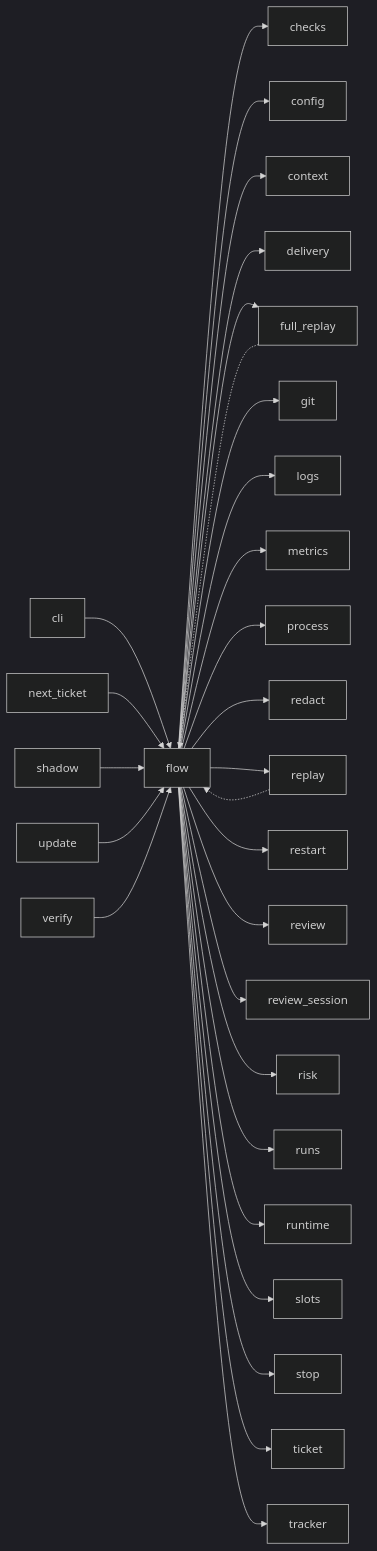
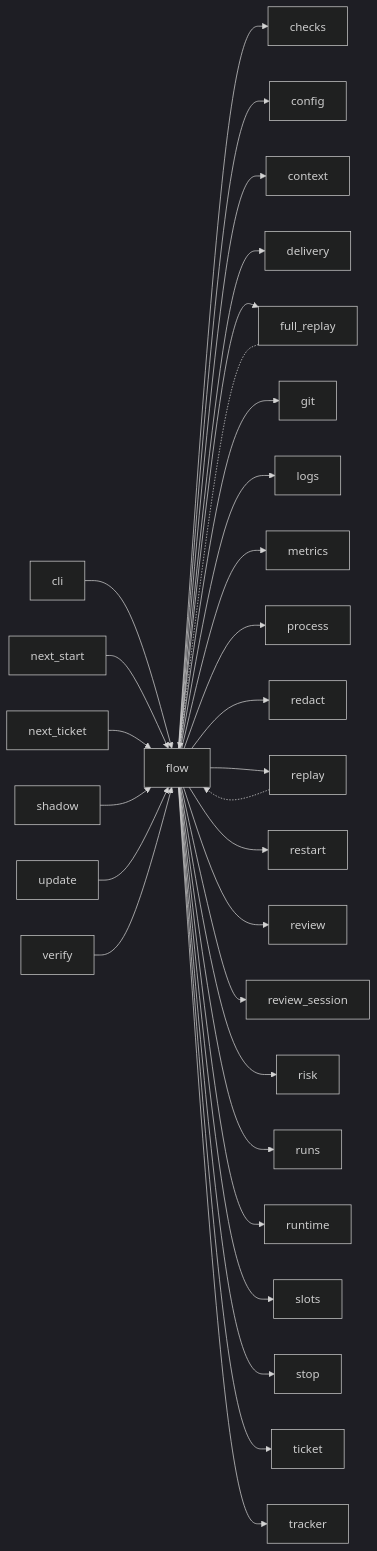
The third of 3 diagrams in docs/architecture/modules/flow.md (plaplanche/ariane), drawn with Mermaid (dark theme) before and after one commit. The commit also changed 27 other files, not shown here.

````diff
--- a/docs/architecture/modules/flow.md
+++ b/docs/architecture/modules/flow.md
@@ -122,31 +122,32 @@
 ```mermaid
 flowchart LR
   cli --> flow
   flow --> checks
   flow --> config
   flow --> context
   flow --> delivery
   flow --> full_replay
   flow --> git
   flow --> logs
   flow --> metrics
   flow --> process
   flow --> redact
   flow --> replay
   flow --> restart
   flow --> review
   flow --> review_session
   flow --> risk
   flow --> runs
   flow --> runtime
   flow --> slots
   flow --> stop
   flow --> ticket
   flow --> tracker
   full_replay -.-> flow
+  next_start --> flow
   next_ticket --> flow
   replay -.-> flow
   shadow --> flow
   update --> flow
   verify --> flow
 ```
````
